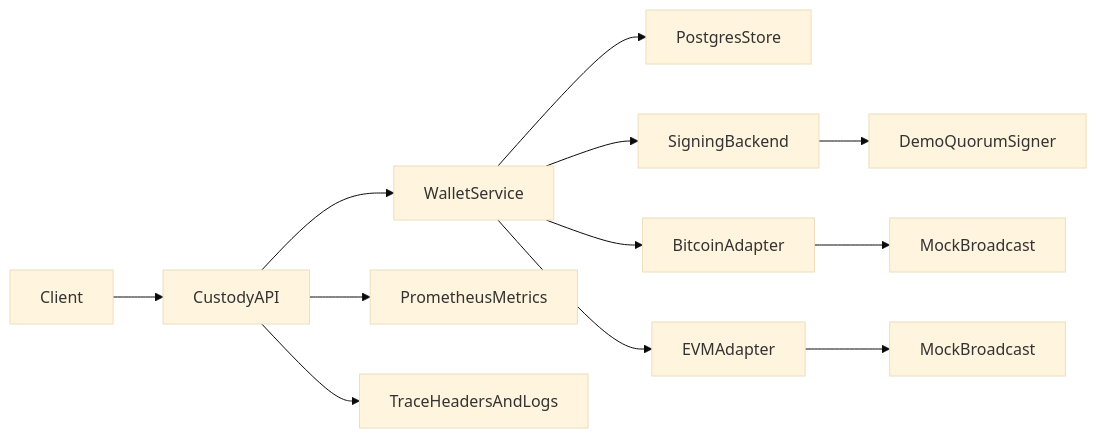
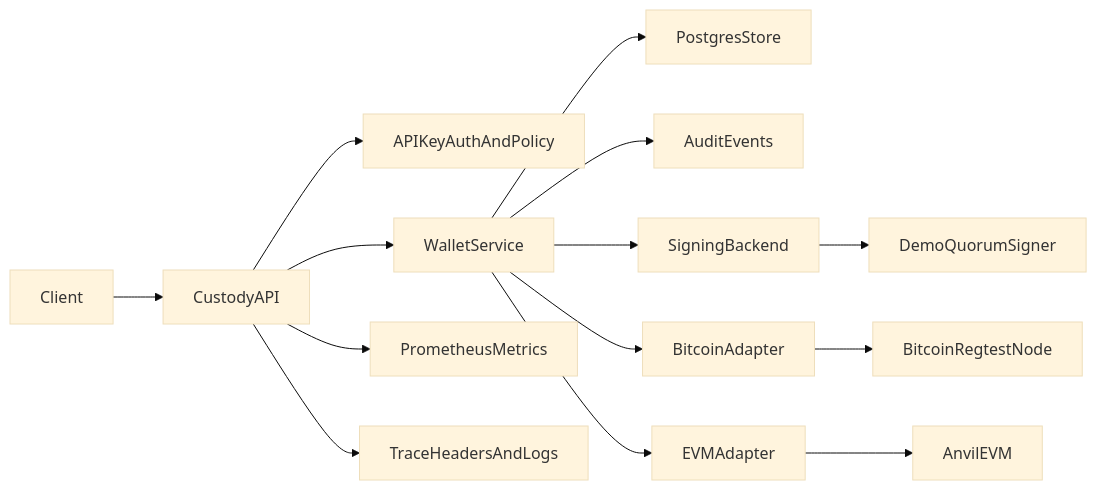
One commit to rvmz/mpc-custody changed the diagram in README.md. Above: the diagram before and after it, drawn with Mermaid (base theme). The commit also changed other lines of this file and 3 other files, not shown here.

Commit message:
Add Bitcoin regtest demo and positioning

````diff
--- a/README.md
+++ b/README.md
@@ -9,14 +9,16 @@
 ```mermaid
 flowchart LR
     client[Client] --> api[CustodyAPI]
+    api --> auth[APIKeyAuthAndPolicy]
     api --> walletService[WalletService]
     walletService --> store[PostgresStore]
+    walletService --> audit[AuditEvents]
     walletService --> signer[SigningBackend]
     walletService --> btc[BitcoinAdapter]
     walletService --> evm[EVMAdapter]
     signer --> quorum[DemoQuorumSigner]
-    btc --> btcMock[MockBroadcast]
-    evm --> evmMock[MockBroadcast]
+    btc --> bitcoind[BitcoinRegtestNode]
+    evm --> anvil[AnvilEVM]
     api --> metrics[PrometheusMetrics]
     api --> tracing[TraceHeadersAndLogs]
 ```
````
